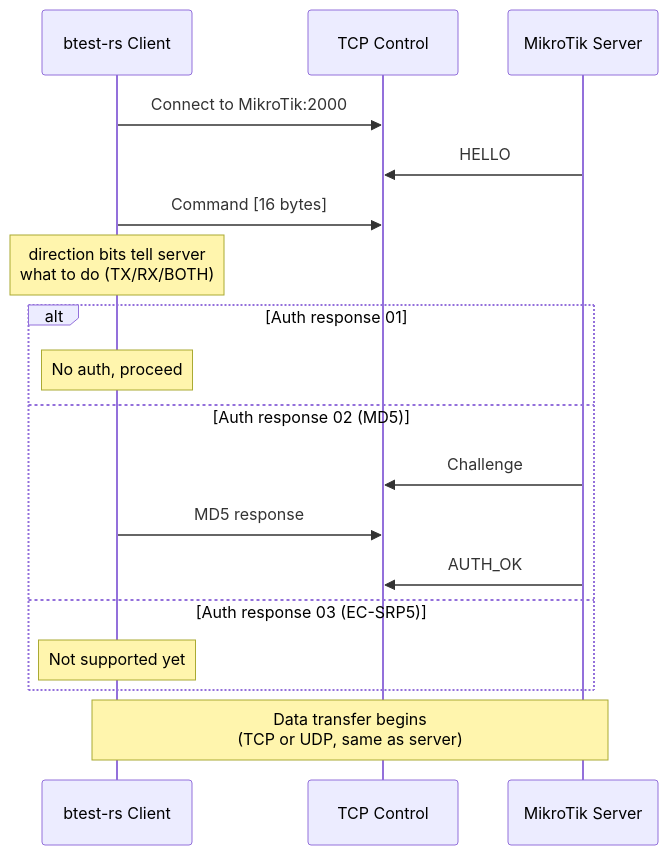
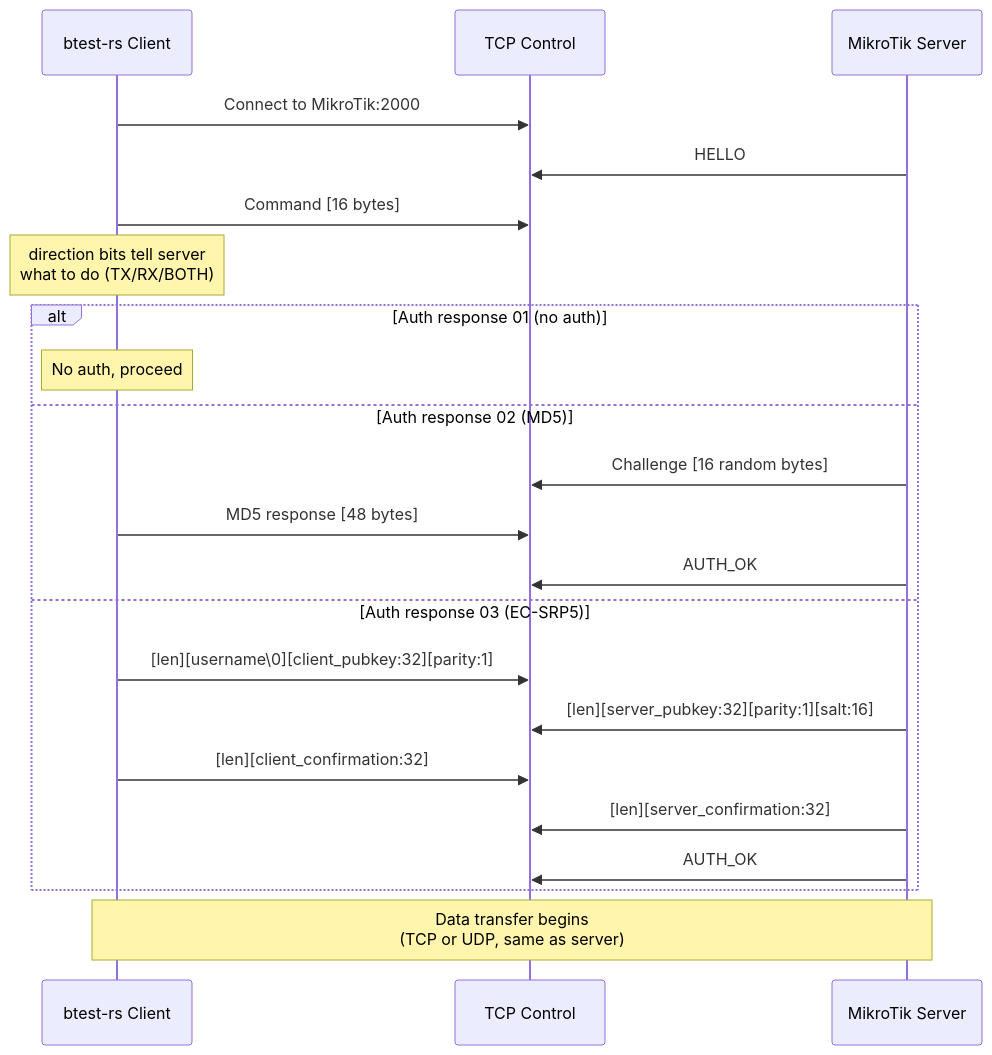
Before and after one commit to manawenuz/btest-rs: the third of 4 diagrams in docs/architecture.md, drawn with Mermaid. The commit also changed other lines of this file and 8 other files, not shown here.

````diff
--- a/docs/architecture.md
+++ b/docs/architecture.md
@@ -97,23 +106,27 @@
 ```mermaid
 sequenceDiagram
     participant CLI as btest-rs Client
     participant TCP as TCP Control
     participant MK as MikroTik Server
 
     CLI->>TCP: Connect to MikroTik:2000
     MK->>TCP: HELLO
     CLI->>TCP: Command [16 bytes]
     Note over CLI: direction bits tell server<br/>what to do (TX/RX/BOTH)
 
-    alt Auth response 01
+    alt Auth response 01 (no auth)
         Note over CLI: No auth, proceed
     else Auth response 02 (MD5)
-        MK->>TCP: Challenge
-        CLI->>TCP: MD5 response
+        MK->>TCP: Challenge [16 random bytes]
+        CLI->>TCP: MD5 response [48 bytes]
         MK->>TCP: AUTH_OK
     else Auth response 03 (EC-SRP5)
-        Note over CLI: Not supported yet
+        CLI->>TCP: [len][username\0][client_pubkey:32][parity:1]
+        MK->>TCP: [len][server_pubkey:32][parity:1][salt:16]
+        CLI->>TCP: [len][client_confirmation:32]
+        MK->>TCP: [len][server_confirmation:32]
+        MK->>TCP: AUTH_OK
     end
 
     Note over CLI,MK: Data transfer begins<br/>(TCP or UDP, same as server)
 ```
````
